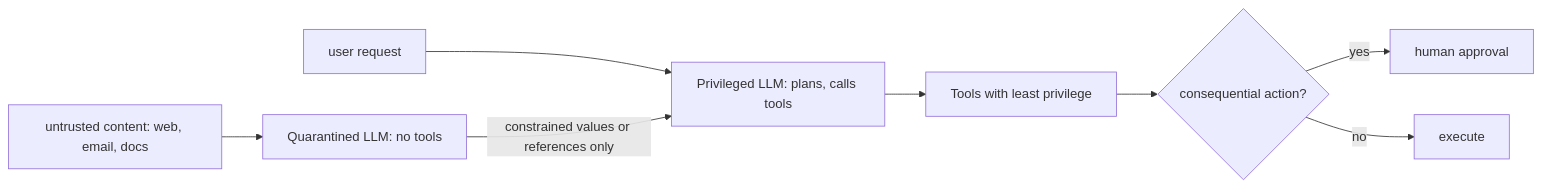
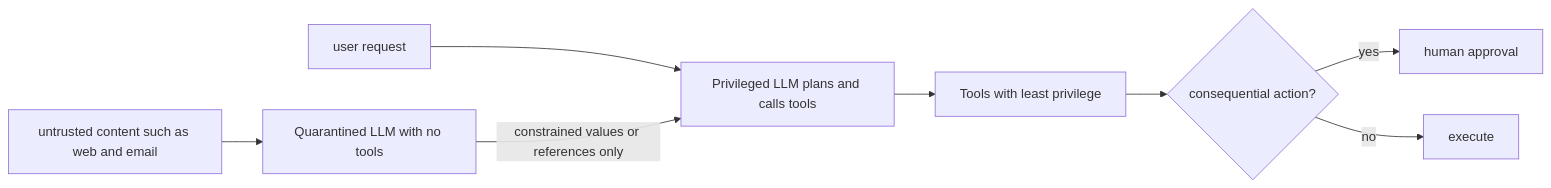
Before and after one commit to alvinnew100/grand-line-study-guide: the diagram in docs/data/lessons/llm-practice/25-guardrails-security.md, drawn with Mermaid. The commit also changed other lines of this file and 54 other files, not shown here.

````diff
--- a/docs/data/lessons/llm-practice/25-guardrails-security.md
+++ b/docs/data/lessons/llm-practice/25-guardrails-security.md
@@ -80,10 +176,10 @@
 ```mermaid
 flowchart LR
-  U[user request] --> P[Privileged LLM: plans, calls tools]
+  U[user request] --> P[Privileged LLM plans and calls tools]
   P --> T[Tools with least privilege]
-  W[untrusted content: web, email, docs] --> Q[Quarantined LLM: no tools]
+  W[untrusted content such as web and email] --> Q[Quarantined LLM with no tools]
   Q -- constrained values or references only --> P
   T --> H{consequential action?}
   H -- yes --> A[human approval]
   H -- no --> X[execute]
 ```
````
